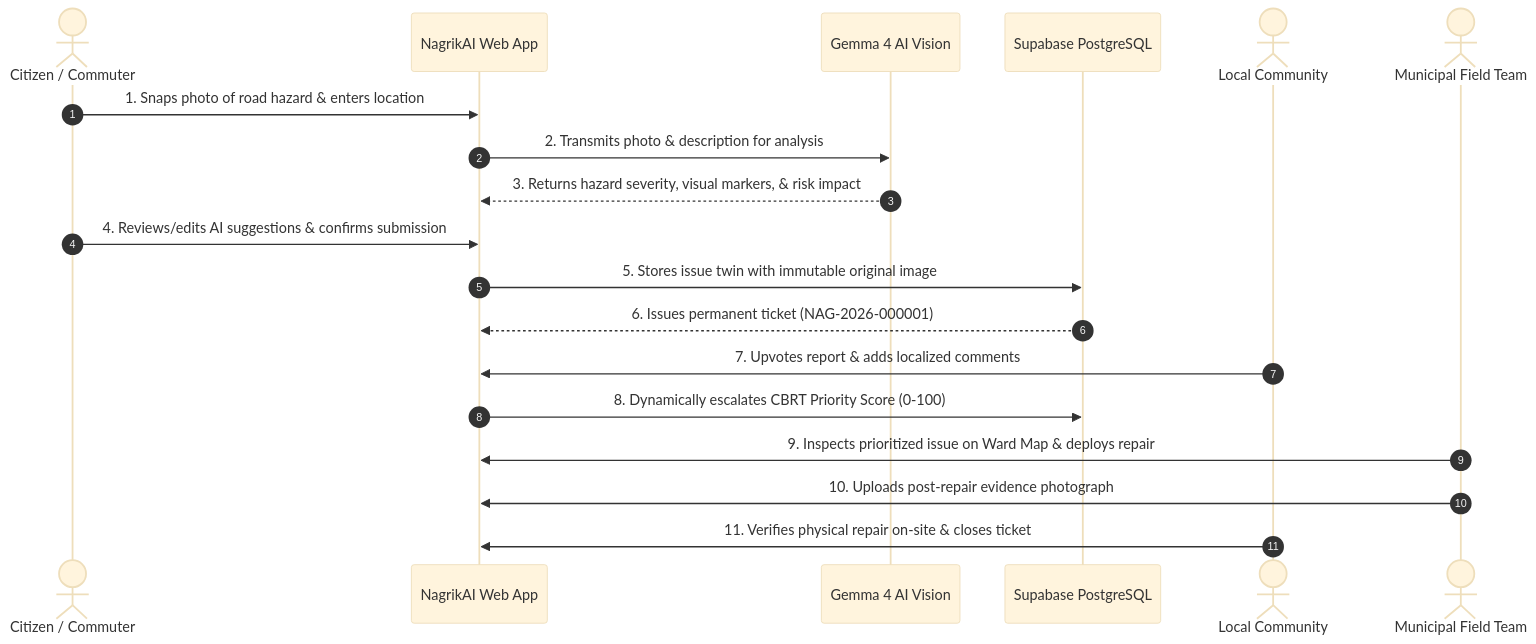
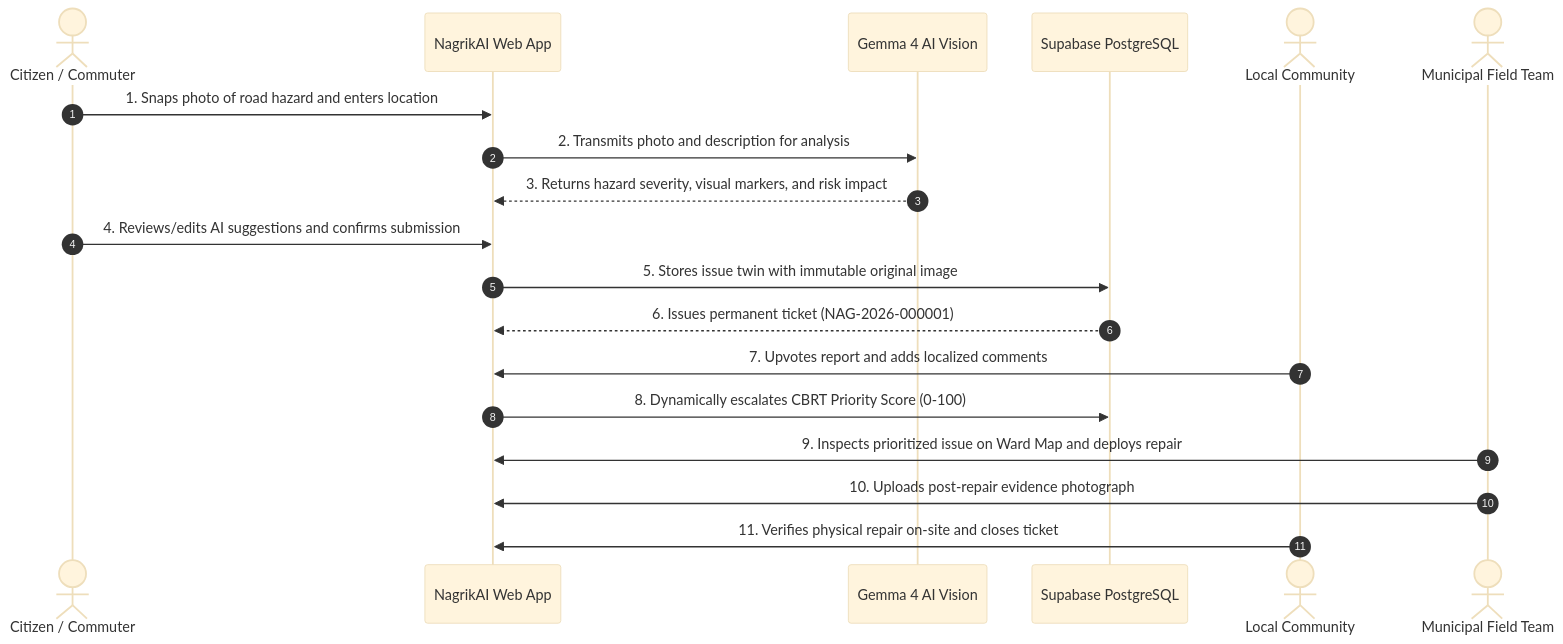
The second of 3 diagrams in README.md (Kanneboinashivakumar/NagrikAI), drawn with Mermaid (base theme) before and after one commit. The commit also changed other lines of this file and 2 other files, not shown here.

````diff
--- a/README.md
+++ b/README.md
@@ -194,22 +203,22 @@
 ```mermaid
 sequenceDiagram
     autonumber
     actor Citizen as Citizen / Commuter
     participant UI as NagrikAI Web App
     participant Gemma as Gemma 4 AI Vision
     participant DB as Supabase PostgreSQL
     actor Community as Local Community
     actor Municipality as Municipal Field Team
 
-    Citizen->>UI: 1. Snaps photo of road hazard & enters location
-    UI->>Gemma: 2. Transmits photo & description for analysis
-    Gemma-->>UI: 3. Returns hazard severity, visual markers, & risk impact
-    Citizen->>UI: 4. Reviews/edits AI suggestions & confirms submission
+    Citizen->>UI: 1. Snaps photo of road hazard and enters location
+    UI->>Gemma: 2. Transmits photo and description for analysis
+    Gemma-->>UI: 3. Returns hazard severity, visual markers, and risk impact
+    Citizen->>UI: 4. Reviews/edits AI suggestions and confirms submission
     UI->>DB: 5. Stores issue twin with immutable original image
     DB-->>UI: 6. Issues permanent ticket (NAG-2026-000001)
-    Community->>UI: 7. Upvotes report & adds localized comments
+    Community->>UI: 7. Upvotes report and adds localized comments
     UI->>DB: 8. Dynamically escalates CBRT Priority Score (0-100)
-    Municipality->>UI: 9. Inspects prioritized issue on Ward Map & deploys repair
+    Municipality->>UI: 9. Inspects prioritized issue on Ward Map and deploys repair
     Municipality->>UI: 10. Uploads post-repair evidence photograph
-    Community->>UI: 11. Verifies physical repair on-site & closes ticket
+    Community->>UI: 11. Verifies physical repair on-site and closes ticket
 ```
````
